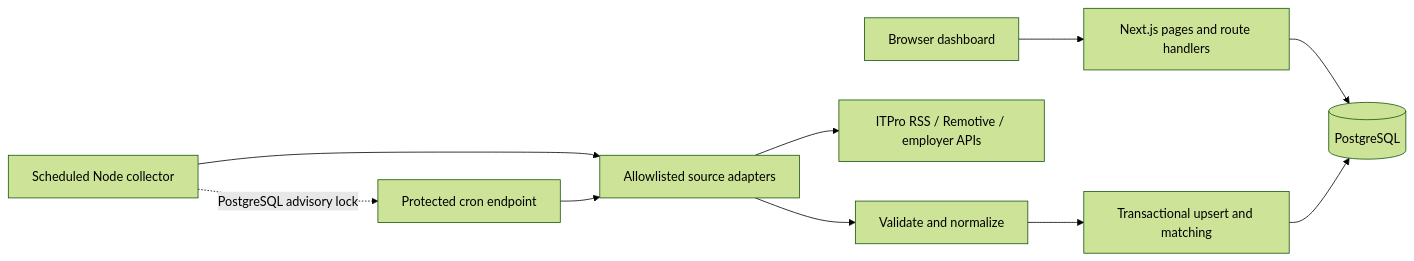
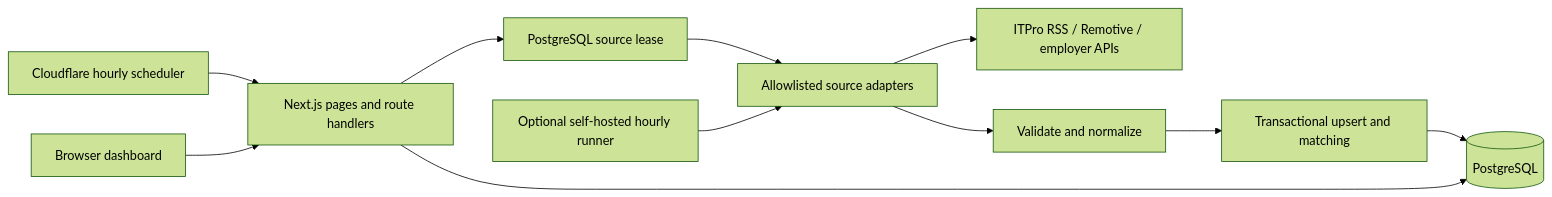
One commit to ifham-mohamed/connect changed the first of 2 diagrams in docs/architecture.md. Above: the diagram before and after it, drawn with Mermaid (forest theme). The commit also changed other lines of this file and 6 other files, not shown here.

````diff
--- a/docs/architecture.md
+++ b/docs/architecture.md
@@ -9,12 +9,13 @@
 ```mermaid
 flowchart LR
   U[Browser dashboard] --> N[Next.js pages and route handlers]
   N --> P[(PostgreSQL)]
-  W[Scheduled Node collector] --> A[Allowlisted source adapters]
-  C[Protected cron endpoint] --> A
+  C[Cloudflare hourly scheduler] --> N
+  W[Optional self-hosted hourly runner] --> A[Allowlisted source adapters]
   A --> S[ITPro RSS / Remotive / employer APIs]
   A --> V[Validate and normalize]
   V --> I[Transactional upsert and matching]
   I --> P
-  W -. PostgreSQL advisory lock .-> C
+  N --> L[PostgreSQL source lease]
+  L --> A
 ```
````
